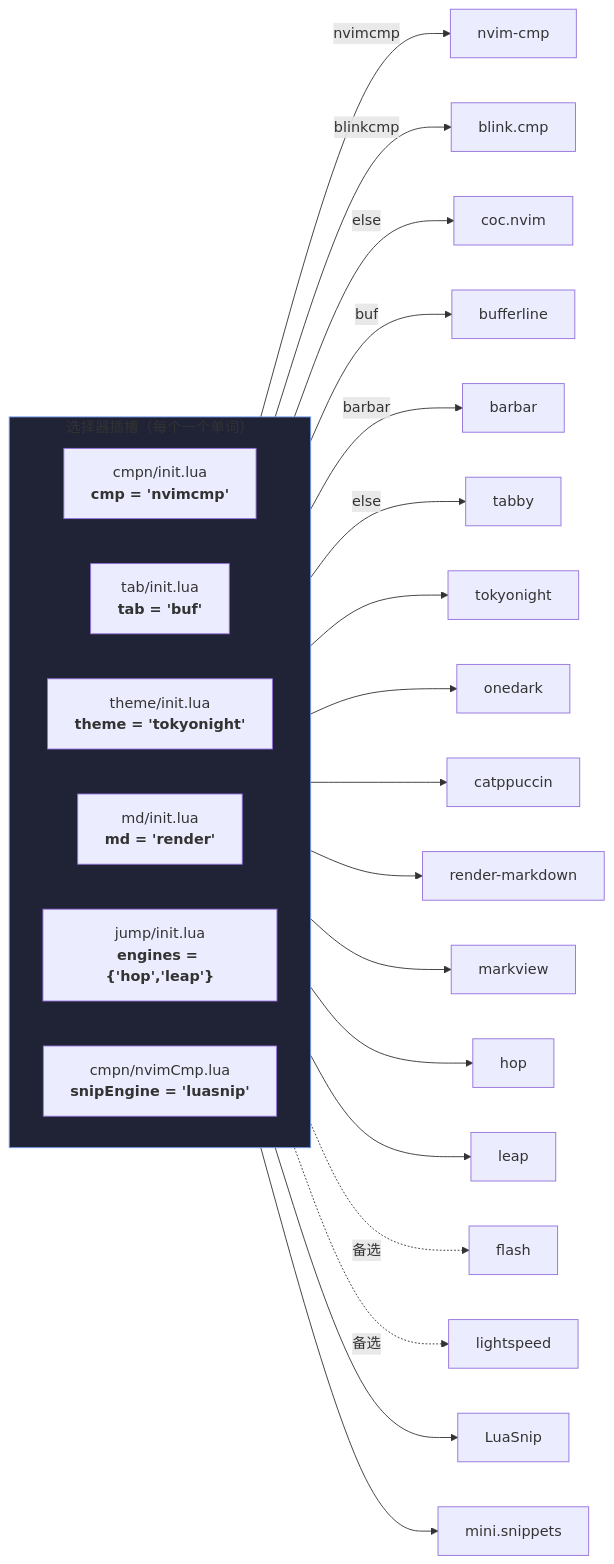
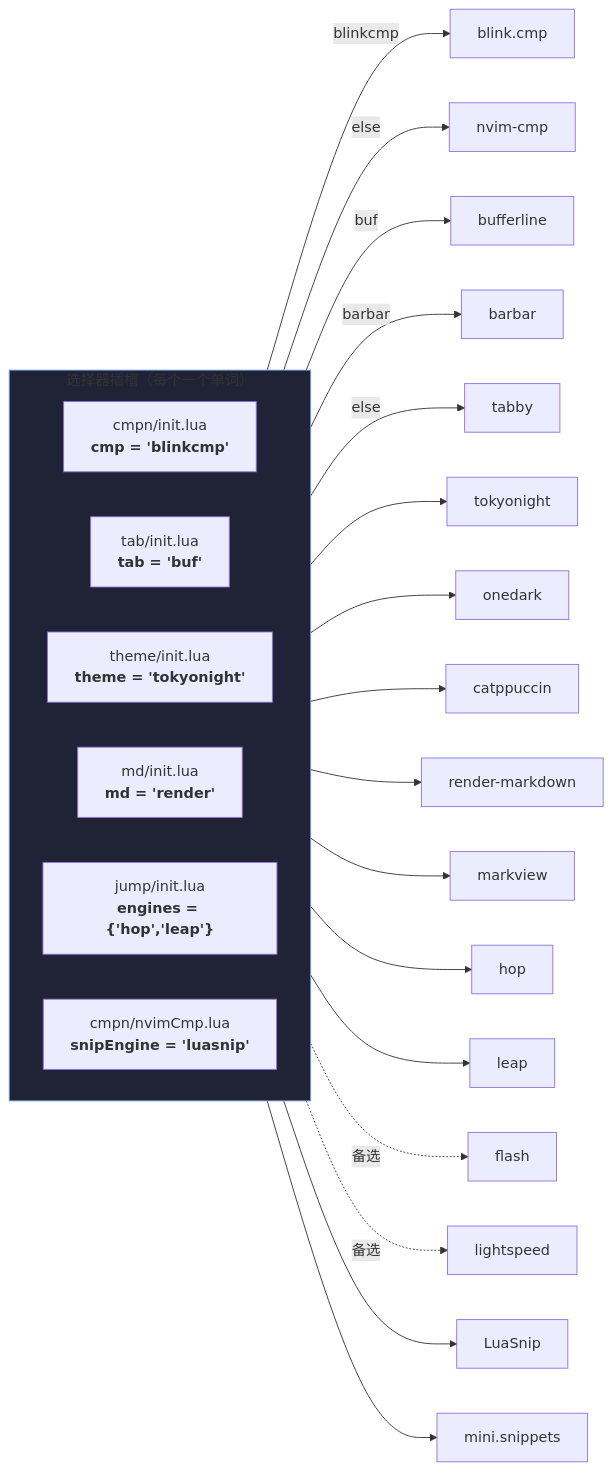
One commit to zczsyqxl/my-nvim changed the first of 2 diagrams in README.zh-CN.md. Above: the diagram before and after it, drawn with Mermaid. The commit also changed other lines of this file and 9 other files, not shown here.

````diff
--- a/README.zh-CN.md
+++ b/README.zh-CN.md
@@ -263,32 +261,31 @@
 ```mermaid
 flowchart LR
     subgraph slots["选择器插槽（每个一个单词）"]
         direction LR
-        CMP["cmpn/init.lua<br/><b>cmp = 'nvimcmp'</b>"]
+        CMP["cmpn/init.lua<br/><b>cmp = 'blinkcmp'</b>"]
         TAB["tab/init.lua<br/><b>tab = 'buf'</b>"]
         THEME["theme/init.lua<br/><b>theme = 'tokyonight'</b>"]
         MD["md/init.lua<br/><b>md = 'render'</b>"]
         JUMP["jump/init.lua<br/><b>engines = {'hop','leap'}</b>"]
         SNIP["cmpn/nvimCmp.lua<br/><b>snipEngine = 'luasnip'</b>"]
     end
 
-    CMP -->|"nvimcmp"| C1[nvim-cmp]
     CMP -->|"blinkcmp"| C2[blink.cmp]
-    CMP -->|"else"| C3[coc.nvim]
+    CMP -->|"else"| C1[nvim-cmp]
     TAB -->|"buf"| B1[bufferline]
     TAB -->|"barbar"| B2[barbar]
     TAB -->|"else"| B3[tabby]
     THEME --> TH1[tokyonight]
     THEME --> TH2[onedark]
     THEME --> TH3[catppuccin]
     MD --> M1[render-markdown]
     MD --> M2[markview]
     JUMP --> J1[hop]
     JUMP --> J2[leap]
     JUMP -.->|备选| J3[flash]
     JUMP -.->|备选| J4[lightspeed]
     SNIP --> S1[LuaSnip]
     SNIP --> S2[mini.snippets]
 
     style slots fill:#1f2335,stroke:#7aa2f7
 ```
````
